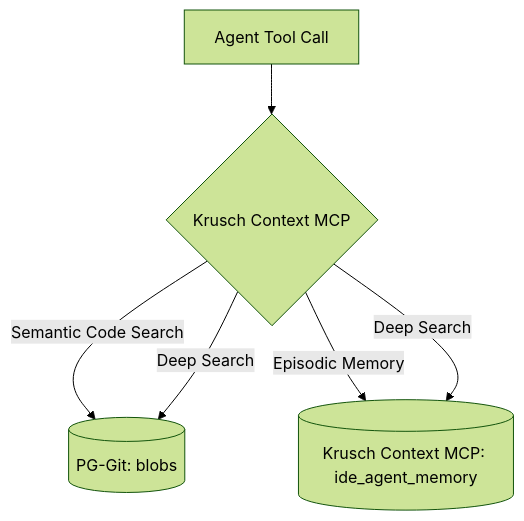
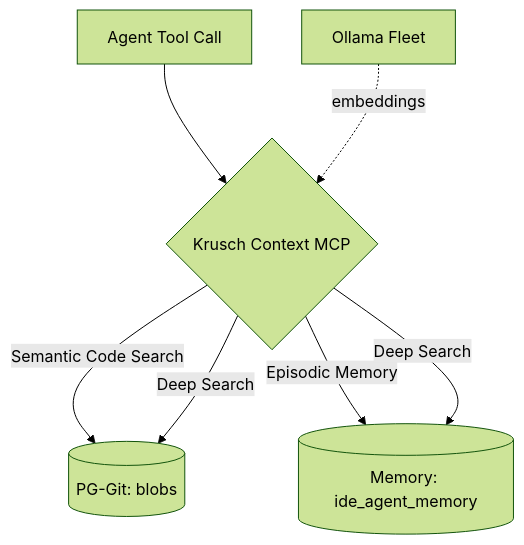
Before and after one commit to kruschdev/krusch-context-mcp: the diagram in README.md, drawn with Mermaid (forest theme). The commit also changed other lines of this file, not shown here.

First line of the commit message:
docs(krusch-context-mcp): comprehensive README overhaul following krusch-memory-mcp template

````diff
--- a/README.md
+++ b/README.md
@@ -33,8 +37,9 @@
 ```mermaid
 graph TD;
     A[Agent Tool Call] --> B{Krusch Context MCP};
     B -- Semantic Code Search --> C[(PG-Git: blobs)];
-    B -- Episodic Memory --> D[(Krusch Context MCP: ide_agent_memory)];
+    B -- Episodic Memory --> D[(Memory: ide_agent_memory)];
     B -- Deep Search --> C;
     B -- Deep Search --> D;
+    E[Ollama Fleet] -. embeddings .-> B;
 ```
````
